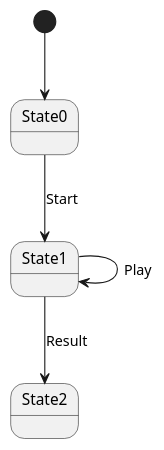
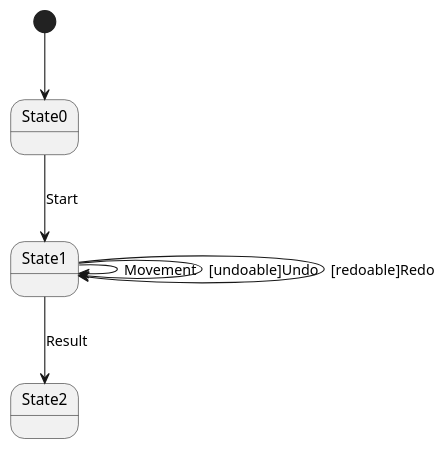
The second of 2 diagrams in src/docs/asciidoc/index.adoc (x-USantaTecla-game-ticTacToe/requirements), drawn with PlantUML before and after one commit. The commit also changed other lines of this file and 6 other files, not shown here.

Commit message:
Update UndoRedo version

```diff
--- a/src/docs/asciidoc/index.adoc
+++ b/src/docs/asciidoc/index.adoc
@@ -52,8 +56,10 @@
 [plantuml,diagramaContexto,svg]
 ....
 
 [*] --> State0
 State0 --> State1 : Start
-State1 --> State1 : Play
+State1 --> State1 : Movement
+State1 --> State1 : [undoable]Undo
+State1 --> State1 : [redoable]Redo
 State1 --> State2 : Result
 ....
```
